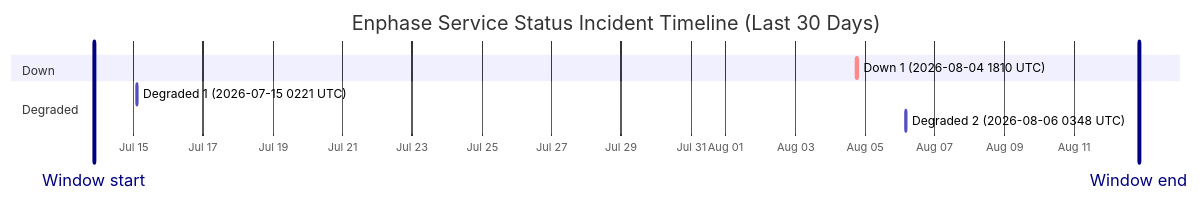
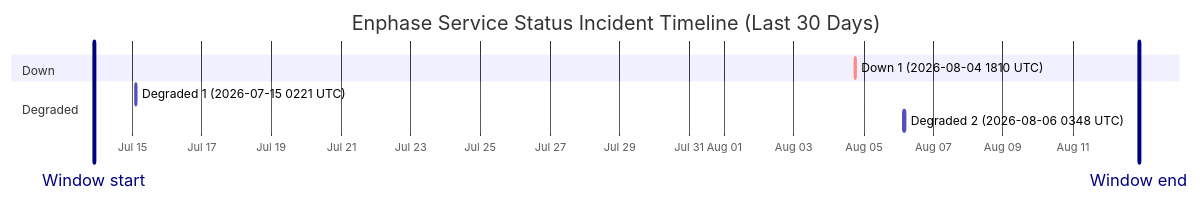
Before and after one commit to barneyonline/ha-enphase-energy: the diagram in wiki/Service-Status-History.md, drawn with Mermaid. The commit also changed other lines of this file and 3 other files, not shown here.

````diff
--- a/wiki/Service-Status-History.md
+++ b/wiki/Service-Status-History.md
@@ -14,13 +14,13 @@
 ```mermaid
 gantt
     title Enphase Service Status Incident Timeline (Last 30 Days)
     dateFormat  YYYY-MM-DDTHH:mm:ss
     axisFormat  %b %d
-    Window start :vert, window-start, 2026-07-13T20:41:17, 0ms
-    Window end :vert, window-end, 2026-08-12T20:41:17, 0ms
+    Window start :vert, window-start, 2026-07-13T21:42:14, 0ms
+    Window end :vert, window-end, 2026-08-12T21:42:14, 0ms
     section Down
     Down 1 (2026-08-04 1810 UTC) :crit, down-1, 2026-08-04T18:10:46, 60m
     section Degraded
     Degraded 1 (2026-07-15 0221 UTC) :active, degraded-1, 2026-07-15T02:21:35, 60m
     Degraded 2 (2026-08-06 0348 UTC) :active, degraded-2, 2026-08-06T03:48:14, 60m
 ```
````
